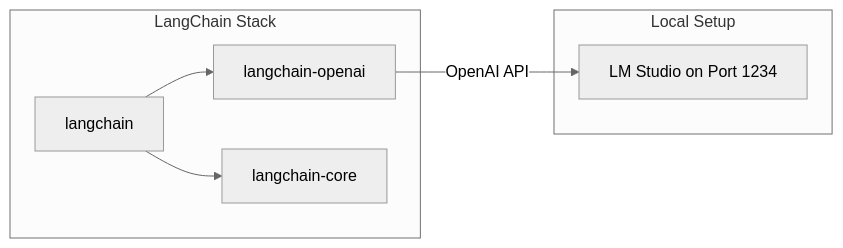
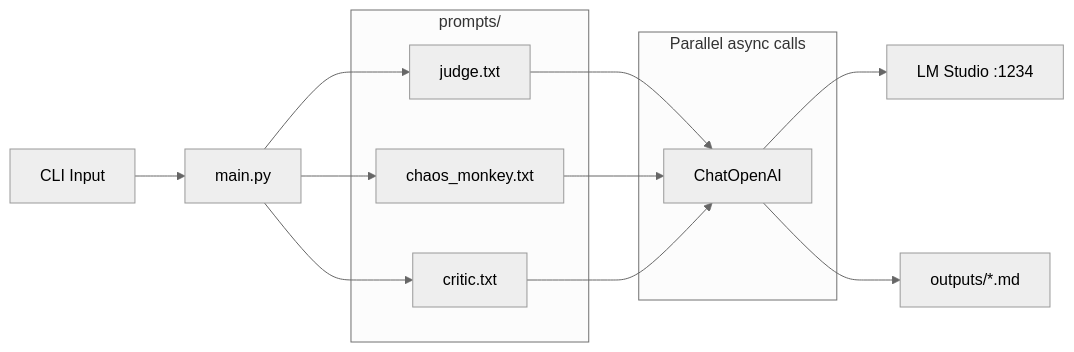
Before and after one commit to machinedge/prizms-oss: the diagram in evaluations/llm-orchestration-toolchains/langchain/README.md, drawn with Mermaid (neutral theme). The commit also changed other lines of this file and 5 other files, not shown here.

````diff
--- a/evaluations/llm-orchestration-toolchains/langchain/README.md
+++ b/evaluations/llm-orchestration-toolchains/langchain/README.md
@@ -7,16 +7,23 @@
 ```mermaid
-graph LR
-    subgraph local [Local Setup]
-        LMStudio[LM Studio on Port 1234]
+flowchart LR
+    CLI[CLI Input] --> Main[main.py]
+    
+    subgraph prompts_dir [prompts/]
+        JudgeFile[judge.txt]
+        ChaosFile[chaos_monkey.txt]
+        CriticFile[critic.txt]
     end
     
-    subgraph langchain [LangChain Stack]
-        OpenAI[langchain-openai]
-        Core[langchain-core]
-        Main[langchain]
+    Main --> JudgeFile
+    Main --> ChaosFile
+    Main --> CriticFile
+    
+    subgraph async_calls [Parallel async calls]
+        JudgeFile --> LLM[ChatOpenAI]
+        ChaosFile --> LLM
+        CriticFile --> LLM
     end
     
-    OpenAI -->|OpenAI API| LMStudio
-    Main --> Core
-    Main --> OpenAI
+    LLM --> LMStudio[LM Studio :1234]
+    LLM --> Output[outputs/*.md]
 ```
````
